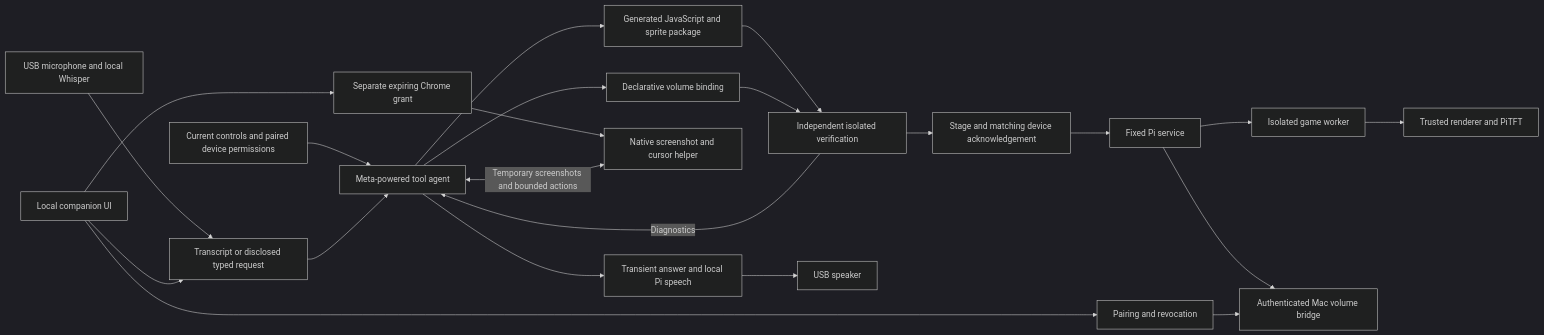
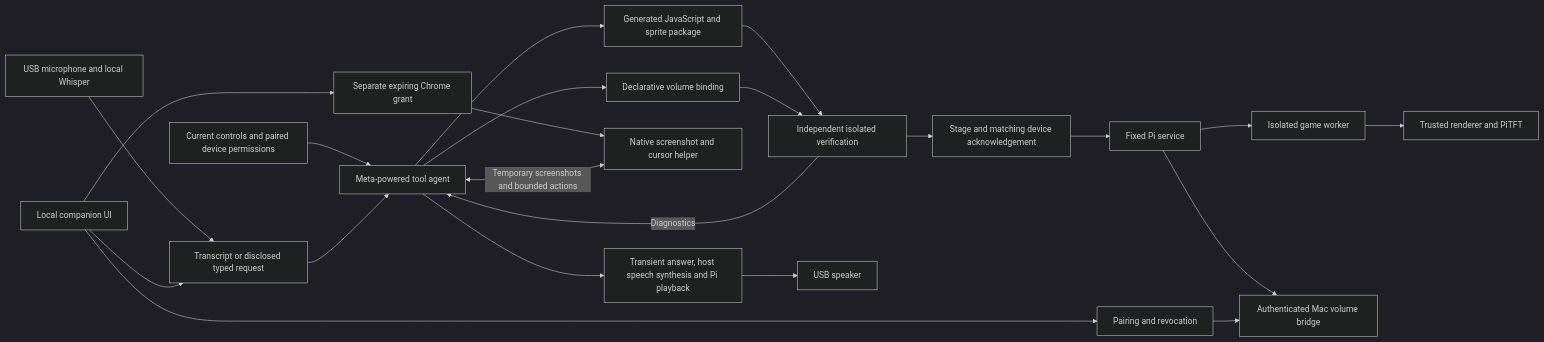
One commit to Divyesh-Thirukonda/cruise changed the diagram in context/architecture.md. Above: the diagram before and after it, drawn with Mermaid (dark theme). The commit also changed other lines of this file and 6 other files, not shown here.

````diff
--- a/context/architecture.md
+++ b/context/architecture.md
@@ -9,24 +9,24 @@
 ```mermaid
 flowchart LR
     V[USB microphone and local Whisper] --> Q[Transcript or disclosed typed request]
     C[Current controls and paired device permissions] --> M[Meta-powered tool agent]
     Q --> M
     M --> G[Generated JavaScript and sprite package]
     M --> B[Declarative volume binding]
     G --> T[Independent isolated verification]
     B --> T
     T -->|Diagnostics| M
     T --> A[Stage and matching device acknowledgement]
     A --> R[Fixed Pi service]
     R --> J[Isolated game worker]
     J --> D[Trusted renderer and PiTFT]
     R --> H[Authenticated Mac volume bridge]
     U[Local companion UI] --> Q
     U --> P[Pairing and revocation]
     P --> H
     U --> S[Separate expiring Chrome grant]
     S --> N[Native screenshot and cursor helper]
     M <-->|Temporary screenshots and bounded actions| N
-    M --> E[Transient answer and local Pi speech]
+    M --> E[Transient answer, host speech synthesis and Pi playback]
     E --> O[USB speaker]
 ```
````
